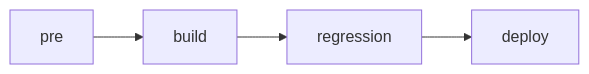
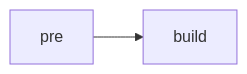
Before and after one commit to espressif/esp-hosted-mcu: the first of 3 diagrams in docs/design/pipeline_design.md, drawn with Mermaid. The commit also changed other lines of this file and 5 other files, not shown here.

````diff
--- a/docs/design/pipeline_design.md
+++ b/docs/design/pipeline_design.md
@@ -14,4 +14,4 @@
 ```mermaid
 flowchart LR
-    P[pre] --> B[build] --> R[regression] --> D[deploy]
+    P[pre] --> B[build]
 ```
````
